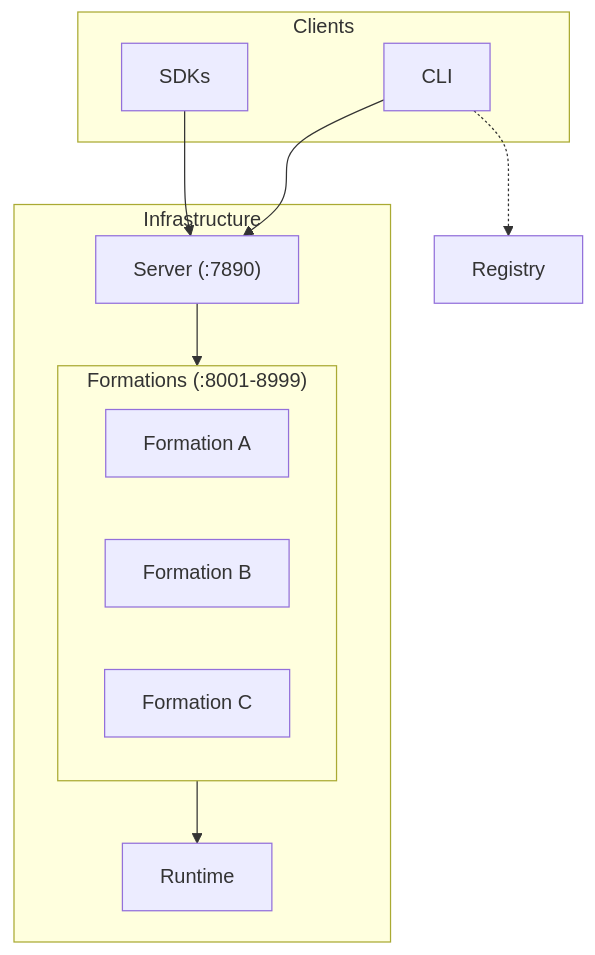
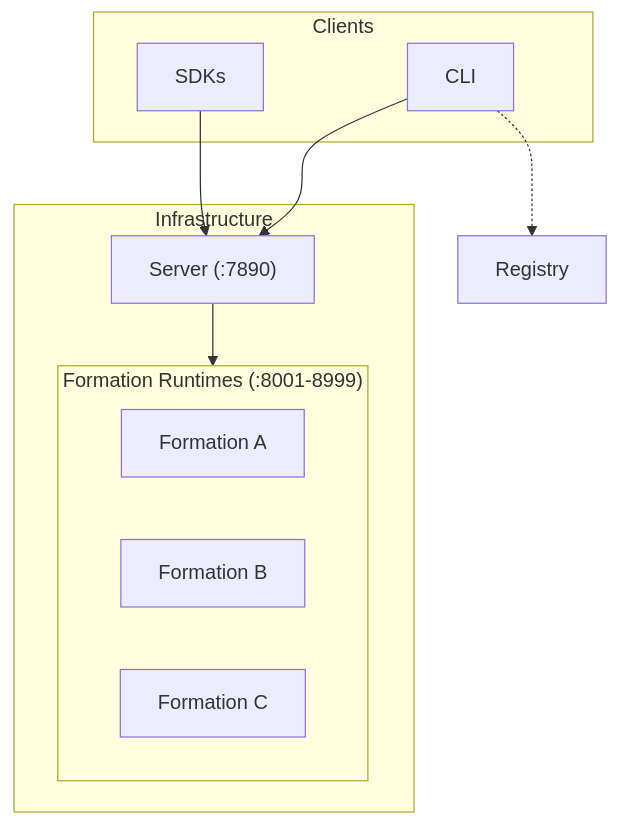
One commit to muxi-ai/muxi changed the first of 3 diagrams in docs/concepts/architecture.md. Above: the diagram before and after it, drawn with Mermaid. The commit also changed other lines of this file and 2 other files, not shown here.

Commit message:
docs: refine architecture and formation schema documentation for clarity

````diff
--- a/docs/concepts/architecture.md
+++ b/docs/concepts/architecture.md
@@ -15,25 +15,23 @@
 ```mermaid
 flowchart TB
     subgraph Clients
         CLI[CLI]
         SDKs[SDKs]
     end
-    
+
     subgraph Infrastructure
         Server["Server (:7890)"]
-        subgraph Formations["Formations (:8001-8999)"]
+        subgraph Formations["Formation Runtimes (:8001-8999)"]
             F1[Formation A]
             F2[Formation B]
             F3[Formation C]
         end
-        Runtime[Runtime]
     end
-    
+
     Registry[Registry]
-    
+
     CLI --> Server
     SDKs --> Server
     CLI -.-> Registry
     Server --> Formations
-    Formations --> Runtime
 ```
````
